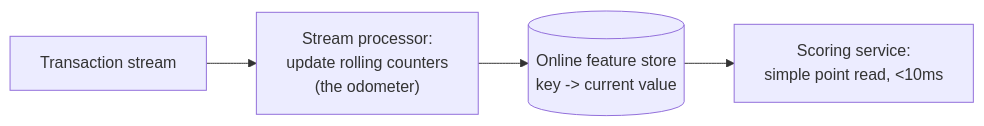
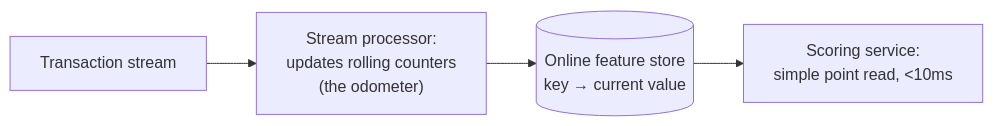
The third of 14 diagrams in system-design/HLD/0-course/56-Design-a-Fraud-Detection-System-FAANG-Guide-story.md (riyaz-pasha/Learnings), drawn with Mermaid before and after one commit. The commit also changed other lines of this file and 1 other file, not shown here.

Commit message:
[REWRITE] Fraud Detection System story guide: simplify prose, add structure, fix diagrams

````diff
--- a/system-design/HLD/0-course/56-Design-a-Fraud-Detection-System-FAANG-Guide-story.md
+++ b/system-design/HLD/0-course/56-Design-a-Fraud-Detection-System-FAANG-Guide-story.md
@@ -62,6 +157,6 @@
 ```mermaid
 flowchart LR
-    Stream["Transaction stream"] --> SP["Stream processor:\nupdate rolling counters\n(the odometer)"]
-    SP --> Store[("Online feature store\nkey -> current value")]
-    Store --> Score["Scoring service:\nsimple point read, <10ms"]
+    Stream["Transaction stream"] --> SP["Stream processor:<br/>updates rolling counters<br/>(the odometer)"]
+    SP --> Store[("Online feature store<br/>key → current value")]
+    Store --> Score["Scoring service:<br/>simple point read, &lt;10ms"]
 ```
````
